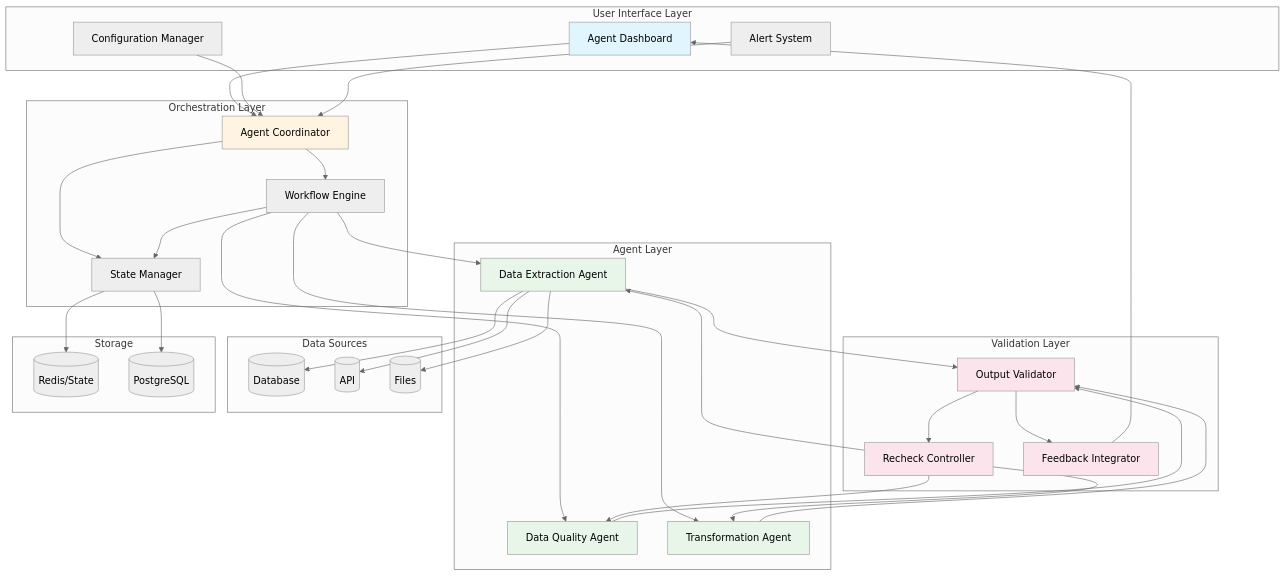
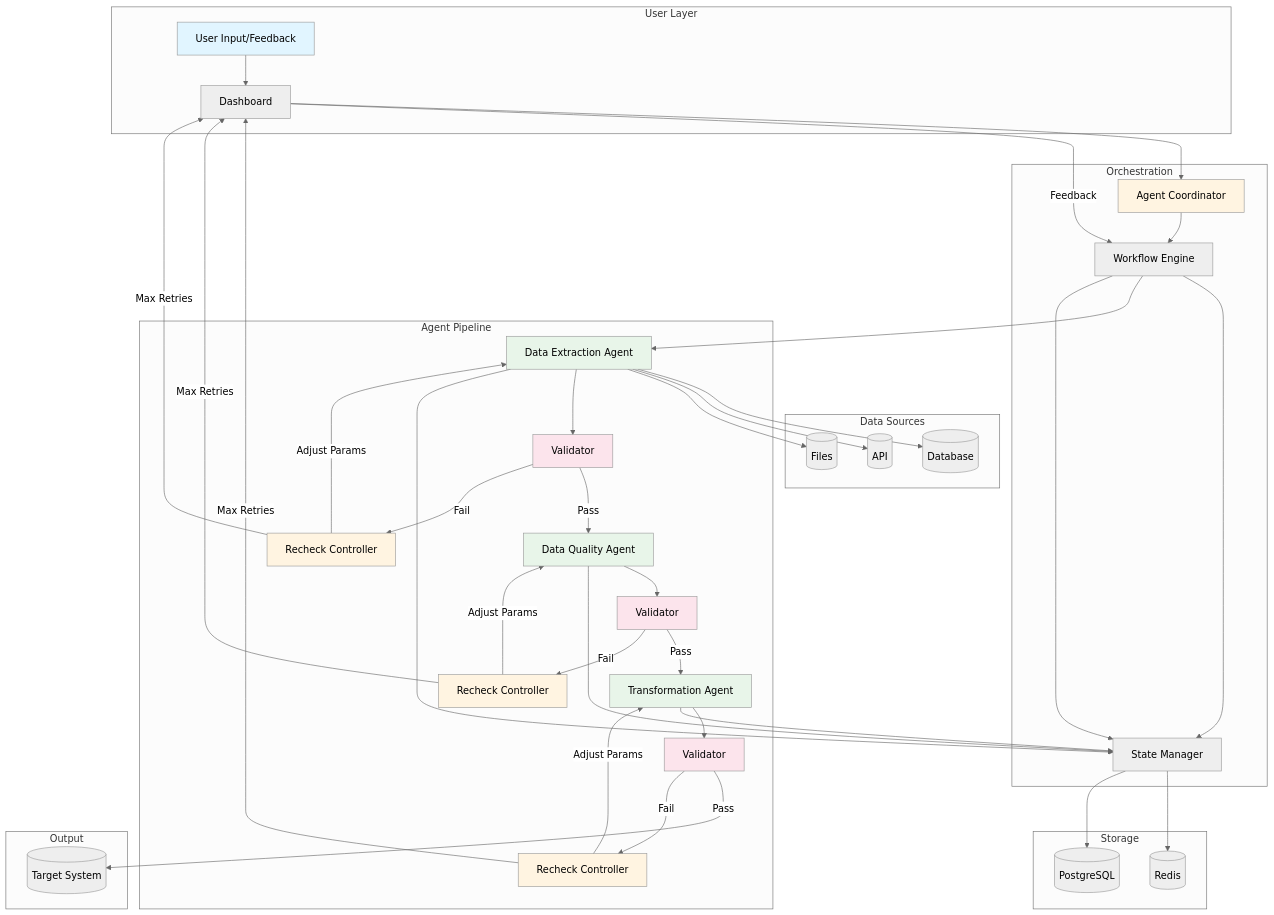
One commit to najiatasleem/agentic-de-lifecycle changed the diagram in architecture-diagram.md. Above: the diagram before and after it, drawn with Mermaid (neutral theme). The commit also changed other lines of this file, not shown here.

Commit message:
Simplify to single comprehensive multi-agent flow diagram

````diff
--- a/architecture-diagram.md
+++ b/architecture-diagram.md
@@ -5,27 +5,14 @@
 ```mermaid
 graph TB
-    subgraph "User Interface Layer"
-        UI[Agent Dashboard]
-        CONFIG[Configuration Manager]
-        ALERT[Alert System]
+    subgraph "User Layer"
+        USER[User Input/Feedback]
+        DASH[Dashboard]
     end
     
-    subgraph "Orchestration Layer"
+    subgraph "Orchestration"
         COORD[Agent Coordinator]
         WORKFLOW[Workflow Engine]
         STATE[State Manager]
-    end
-    
-    subgraph "Agent Layer"
-        EXTRACT[Data Extraction Agent]
-        QUALITY[Data Quality Agent]
-        TRANSFORM[Transformation Agent]
-    end
-    
-    subgraph "Validation Layer"
-        VALIDATOR[Output Validator]
-        RECHECK[Recheck Controller]
-        FEEDBACK[Feedback Integrator]
     end
     
     subgraph "Data Sources"
@@ -34,48 +21,75 @@
         FILES[(Files)]
     end
     
+    subgraph "Agent Pipeline"
+        EXTRACT[Data Extraction Agent]
+        VALIDATE1[Validator]
+        RECHECK1[Recheck Controller]
+        
+        QUALITY[Data Quality Agent]
+        VALIDATE2[Validator]
+        RECHECK2[Recheck Controller]
+        
+        TRANSFORM[Transformation Agent]
+        VALIDATE3[Validator]
+        RECHECK3[Recheck Controller]
+    end
+    
     subgraph "Storage"
-        REDIS[(Redis/State)]
+        REDIS[(Redis)]
         PG[(PostgreSQL)]
     end
     
-    UI --> COORD
-    CONFIG --> COORD
-    ALERT --> COORD
+    subgraph "Output"
+        TARGET[(Target System)]
+    end
     
+    USER --> DASH
+    DASH --> COORD
     COORD --> WORKFLOW
-    COORD --> STATE
     WORKFLOW --> STATE
     
     WORKFLOW --> EXTRACT
-    WORKFLOW --> QUALITY
-    WORKFLOW --> TRANSFORM
-    
-    EXTRACT --> VALIDATOR
-    QUALITY --> VALIDATOR
-    TRANSFORM --> VALIDATOR
-    
-    VALIDATOR --> RECHECK
-    RECHECK --> EXTRACT
-    RECHECK --> QUALITY
-    RECHECK --> TRANSFORM
-    
-    VALIDATOR --> FEEDBACK
-    FEEDBACK --> UI
-    
     EXTRACT --> DB
     EXTRACT --> API
     EXTRACT --> FILES
     
+    EXTRACT --> VALIDATE1
+    VALIDATE1 -->|Pass| QUALITY
+    VALIDATE1 -->|Fail| RECHECK1
+    RECHECK1 -->|Adjust Params| EXTRACT
+    RECHECK1 -->|Max Retries| DASH
+    
+    QUALITY --> VALIDATE2
+    VALIDATE2 -->|Pass| TRANSFORM
+    VALIDATE2 -->|Fail| RECHECK2
+    RECHECK2 -->|Adjust Params| QUALITY
+    RECHECK2 -->|Max Retries| DASH
+    
+    TRANSFORM --> VALIDATE3
+    VALIDATE3 -->|Pass| TARGET
+    VALIDATE3 -->|Fail| RECHECK3
+    RECHECK3 -->|Adjust Params| TRANSFORM
+    RECHECK3 -->|Max Retries| DASH
+    
+    DASH -->|Feedback| WORKFLOW
     STATE --> REDIS
     STATE --> PG
     
-    style UI fill:#e1f5ff
+    WORKFLOW --> STATE
+    EXTRACT --> STATE
+    QUALITY --> STATE
+    TRANSFORM --> STATE
+    
+    style USER fill:#e1f5ff
     style COORD fill:#fff4e1
     style EXTRACT fill:#e8f5e9
     style QUALITY fill:#e8f5e9
     style TRANSFORM fill:#e8f5e9
-    style VALIDATOR fill:#fce4ec
-    style RECHECK fill:#fce4ec
-    style FEEDBACK fill:#fce4ec
+    style VALIDATE1 fill:#fce4ec
+    style VALIDATE2 fill:#fce4ec
+    style VALIDATE3 fill:#fce4ec
+    style RECHECK1 fill:#fff4e1
+    style RECHECK2 fill:#fff4e1
+    style RECHECK3 fill:#fff4e1
 ```
````
